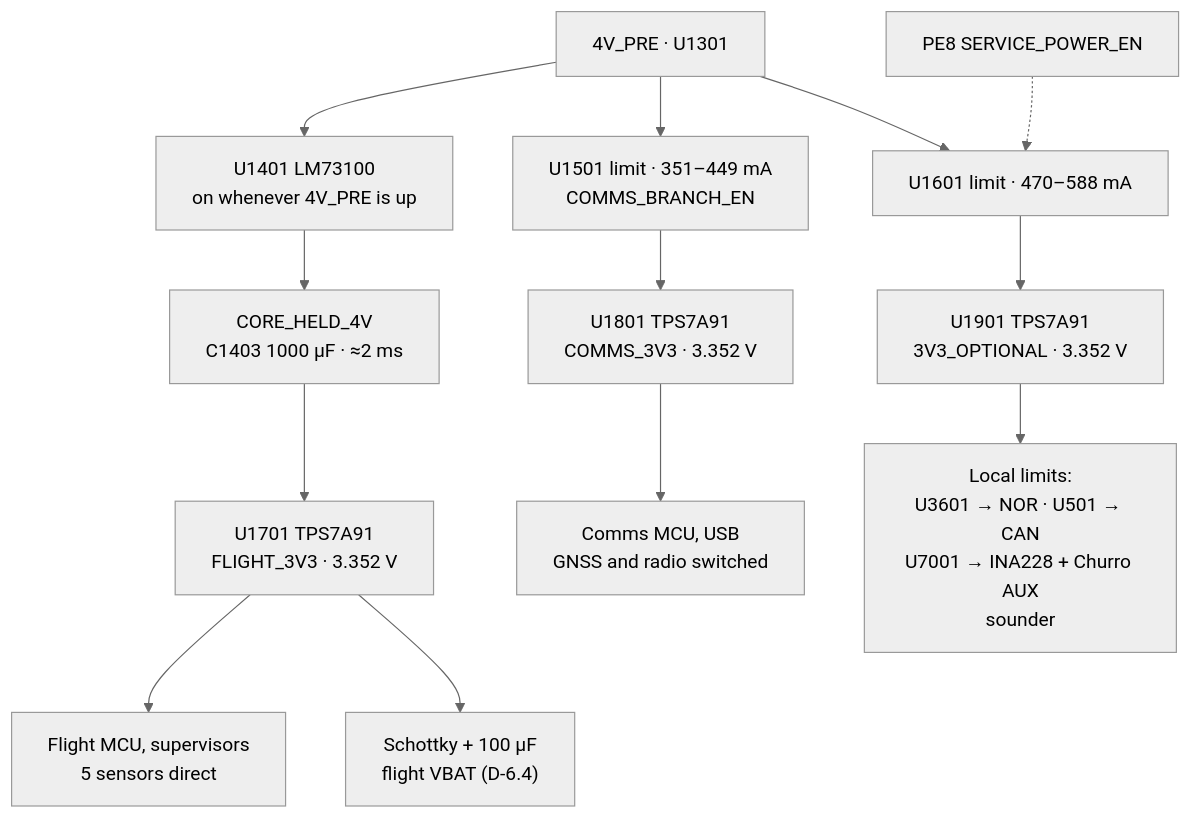
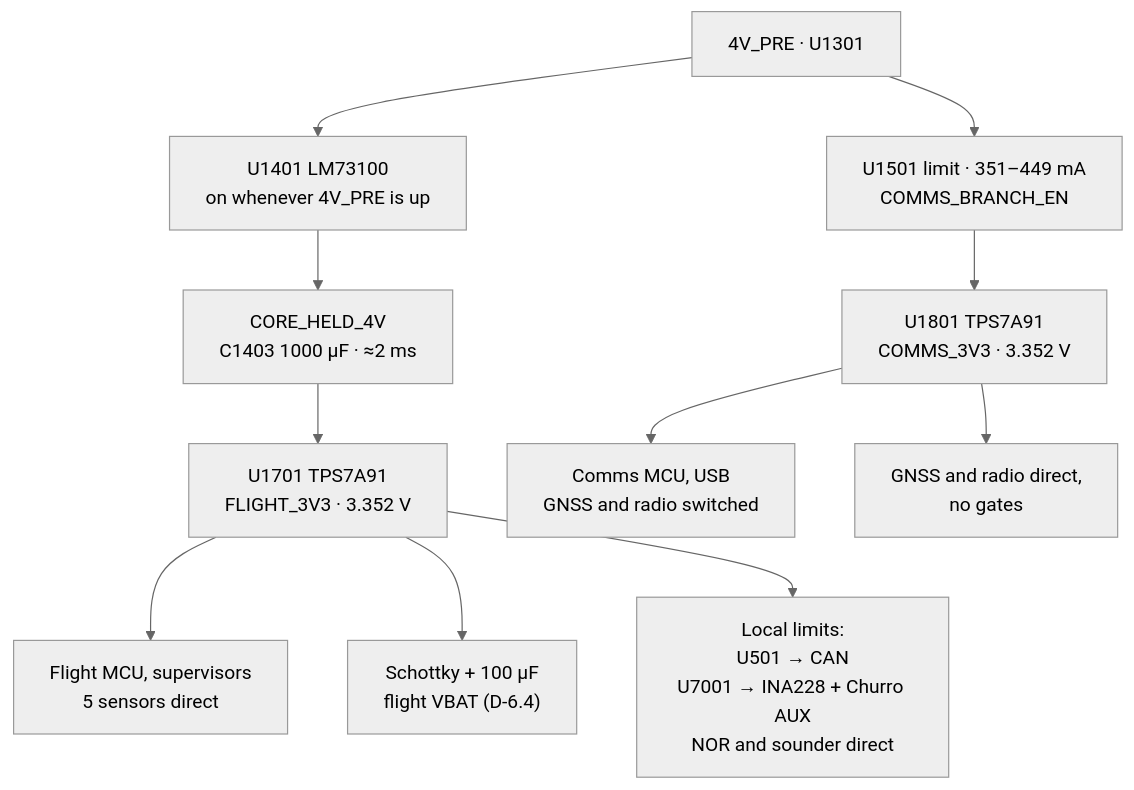
One commit to ULAS-HiPR/Ogma2 changed the second of 2 diagrams in docs/architecture/02-power.md. Above: the diagram before and after it, drawn with Mermaid (neutral theme). The commit also changed other lines of this file and 11 other files, not shown here.

First line of the commit message:
Docs follow the power squash: test points, status, firmware pins, power architecture, contract, log

````diff
--- a/docs/architecture/02-power.md
+++ b/docs/architecture/02-power.md
@@ -80,27 +80,25 @@
 ```mermaid
 flowchart TB
   K["4V_PRE · U1301"] --> H["U1401 LM73100
 on whenever 4V_PRE is up"]
   H --> HI["CORE_HELD_4V
 C1403 1000 µF · ≈2 ms"]
   HI --> F["U1701 TPS7A91
 FLIGHT_3V3 · 3.352 V"]
   F --> FM["Flight MCU, supervisors
 5 sensors direct"]
   F --> VB["Schottky + 100 µF
 flight VBAT (D-6.4)"]
   K --> CL["U1501 limit · 351–449 mA
 COMMS_BRANCH_EN"]
   CL --> C["U1801 TPS7A91
 COMMS_3V3 · 3.352 V"]
   C --> CM["Comms MCU, USB
 GNSS and radio switched"]
-  K --> SL["U1601 limit · 470–588 mA"]
-  PE8["PE8 SERVICE_POWER_EN"] -.-> SL
-  SL --> S["U1901 TPS7A91
-3V3_OPTIONAL · 3.352 V"]
-  S --> SV["Local limits:
-U3601 → NOR · U501 → CAN
+  F --> SV["Local limits:
+U501 → CAN
 U7001 → INA228 + Churro AUX
-sounder"]
+NOR and sounder direct"]
+  C --> GR["GNSS and radio direct,
+no gates"]
 ```
````
